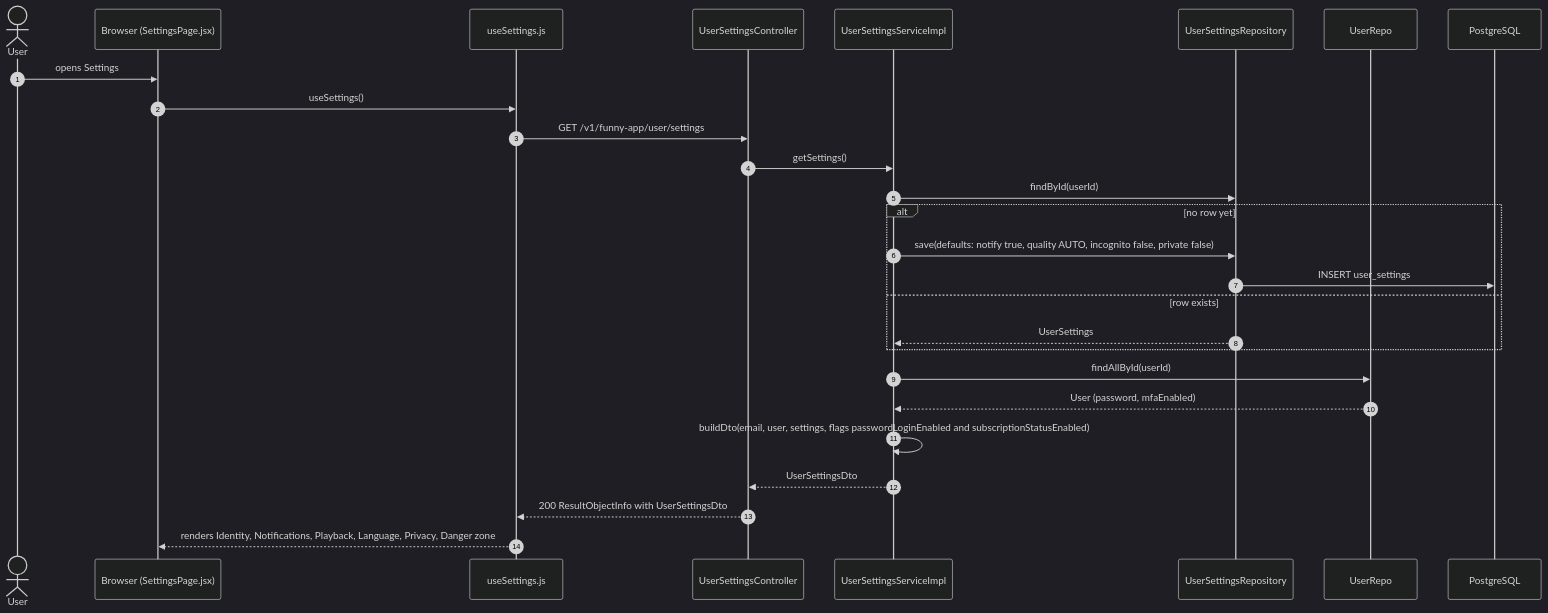
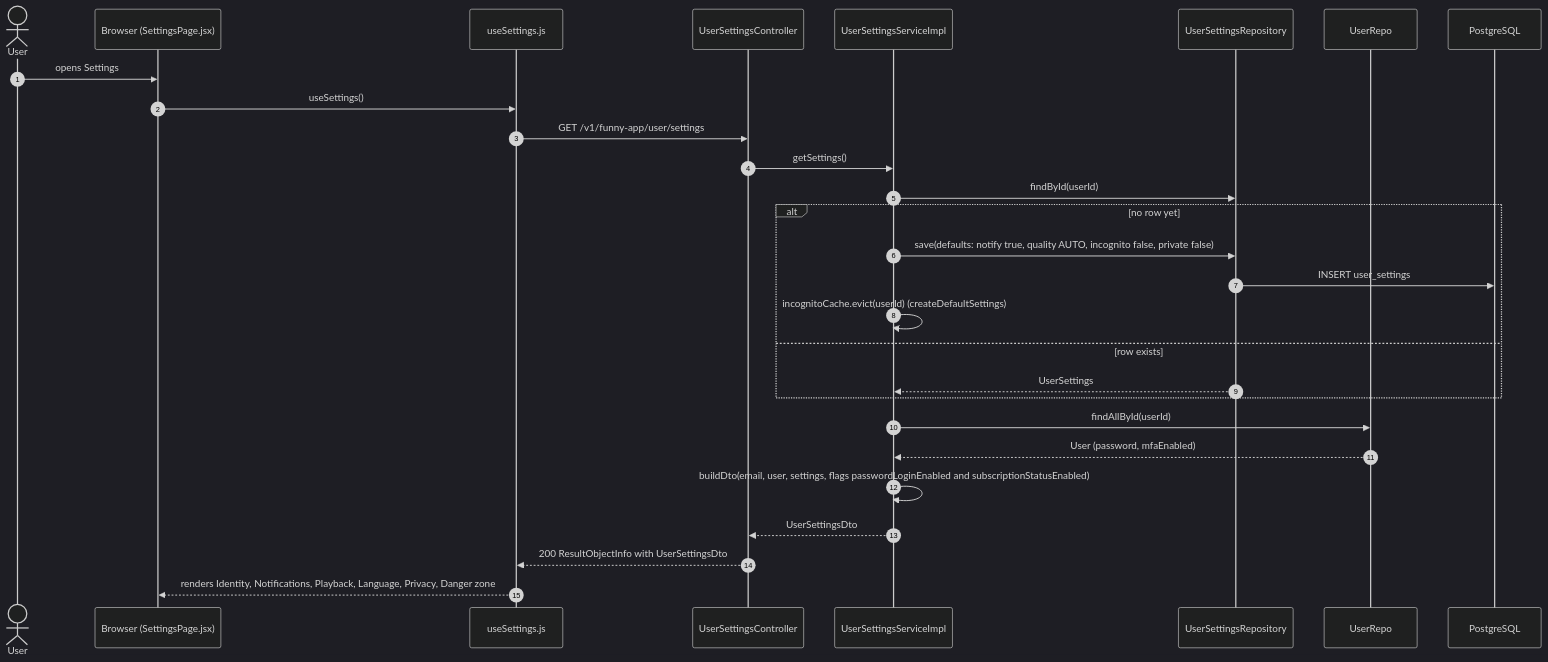
One commit to nguyenhuuca/assessment changed the first of 4 diagrams in docs/sequence/sequence-user-settings.md. Above: the diagram before and after it, drawn with Mermaid (dark theme). The commit also changed other lines of this file and 16 other files, not shown here.

First line of the commit message:
docs(sequence): bring all sequence diagrams in line with the current code

````diff
--- a/docs/sequence/sequence-user-settings.md
+++ b/docs/sequence/sequence-user-settings.md
@@ -14,30 +14,31 @@
 ```mermaid
 sequenceDiagram
     autonumber
     actor U as User
     participant FE as Browser (SettingsPage.jsx)
     participant HK as useSettings.js
     participant API as UserSettingsController
     participant S as UserSettingsServiceImpl
     participant SR as UserSettingsRepository
     participant UR as UserRepo
     participant DB as PostgreSQL
 
     U->>FE: opens Settings
     FE->>HK: useSettings()
     HK->>API: GET /v1/funny-app/user/settings
     API->>S: getSettings()
     S->>SR: findById(userId)
     alt no row yet
         S->>SR: save(defaults: notify true, quality AUTO, incognito false, private false)
         SR->>DB: INSERT user_settings
+        S->>S: incognitoCache.evict(userId) (createDefaultSettings)
     else row exists
         SR-->>S: UserSettings
     end
     S->>UR: findAllById(userId)
     UR-->>S: User (password, mfaEnabled)
     S->>S: buildDto(email, user, settings, flags passwordLoginEnabled and subscriptionStatusEnabled)
     S-->>API: UserSettingsDto
     API-->>HK: 200 ResultObjectInfo with UserSettingsDto
     HK-->>FE: renders Identity, Notifications, Playback, Language, Privacy, Danger zone
 ```
````
